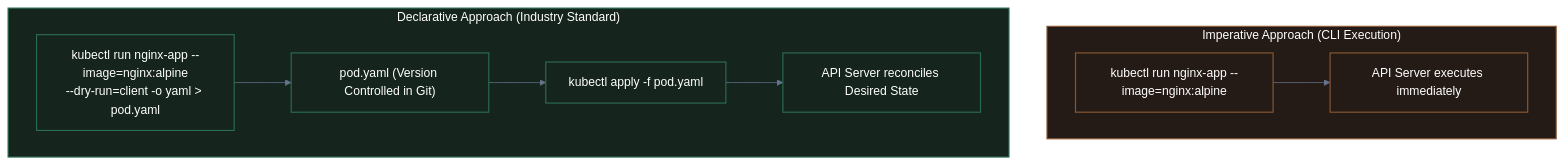
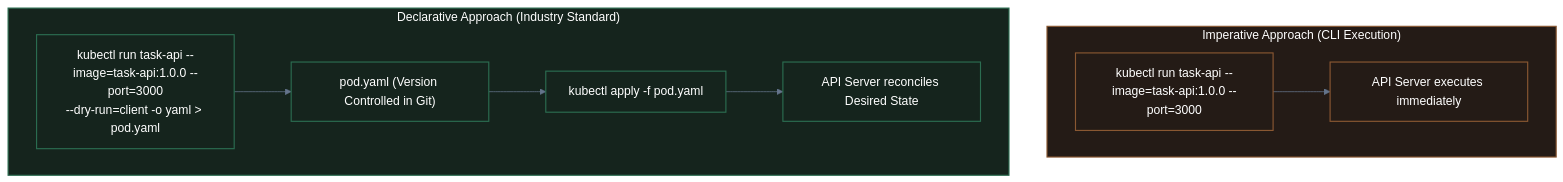
Before and after one commit to heinhtetzan/k8s-in-production: the third of 5 diagrams in 05-learn-k8s/03-kubectl-commands-pods-and-networking.md, drawn with Mermaid. The commit also changed other lines of this file and 9 other files, not shown here.

Commit message:
feat: add task-api sample application and update guide examples

````diff
--- a/05-learn-k8s/03-kubectl-commands-pods-and-networking.md
+++ b/05-learn-k8s/03-kubectl-commands-pods-and-networking.md
@@ -205,31 +205,31 @@
 ```mermaid
 %%{init: {
   'theme': 'base',
   'themeVariables': {
     'darkMode': true,
     'background': '#0f172a',
     'primaryColor': '#1e293b',
     'primaryTextColor': '#e2e8f0',
     'primaryBorderColor': '#475569',
     'lineColor': '#64748b',
     'textColor': '#e2e8f0',
     'edgeLabelBackground': '#0f172a'
   },
   'themeCSS': '* { filter: none !important; box-shadow: none !important; } .node * { filter: none !important; } .cluster * { filter: none !important; }'
 }}%%
 flowchart TD
     subgraph Imperative["Imperative Approach (CLI Execution)"]
-        RunCmd["kubectl run nginx-app --image=nginx:alpine"] --> API1["API Server executes immediately"]
+        RunCmd["kubectl run task-api --image=task-api:1.0.0 --port=3000"] --> API1["API Server executes immediately"]
     end
 
     subgraph Declarative["Declarative Approach (Industry Standard)"]
-        DryRunCmd["kubectl run nginx-app --image=nginx:alpine<br/>--dry-run=client -o yaml > pod.yaml"] --> Manifest["pod.yaml (Version Controlled in Git)"]
+        DryRunCmd["kubectl run task-api --image=task-api:1.0.0 --port=3000<br/>--dry-run=client -o yaml > pod.yaml"] --> Manifest["pod.yaml (Version Controlled in Git)"]
         Manifest --> ApplyCmd["kubectl apply -f pod.yaml"]
         ApplyCmd --> API2["API Server reconciles Desired State"]
     end
 
     classDef cImp fill:#241b16,stroke:#8a5832,stroke-width:1.5px,color:#ffffff;
     classDef cDec fill:#15241d,stroke:#2b6d51,stroke-width:1.5px,color:#ffffff;
     class Imperative,RunCmd,API1 cImp;
     class Declarative,DryRunCmd,Manifest,ApplyCmd,API2 cDec;
 ```
````
